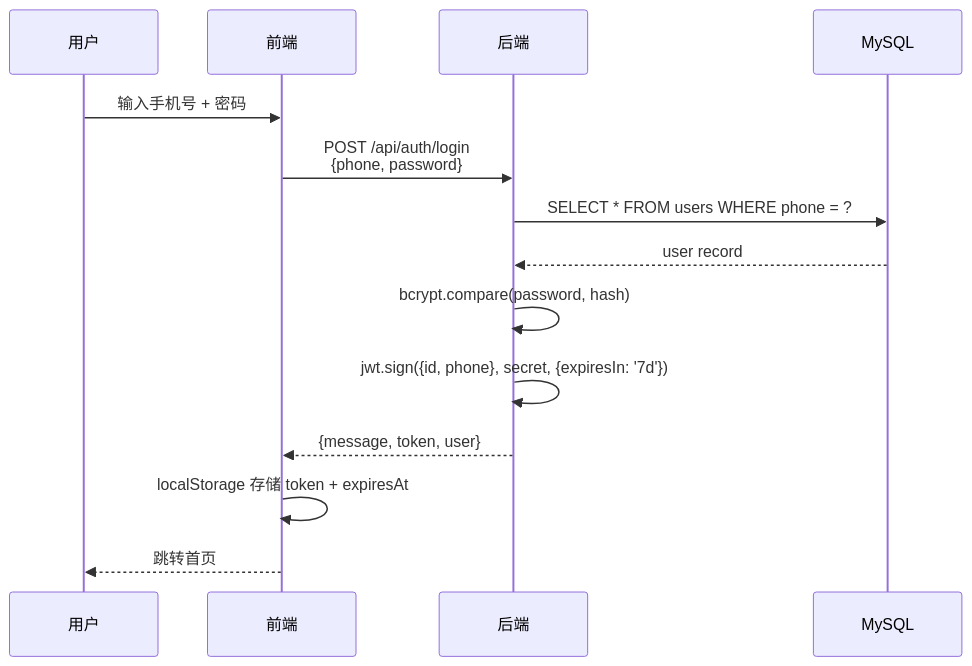
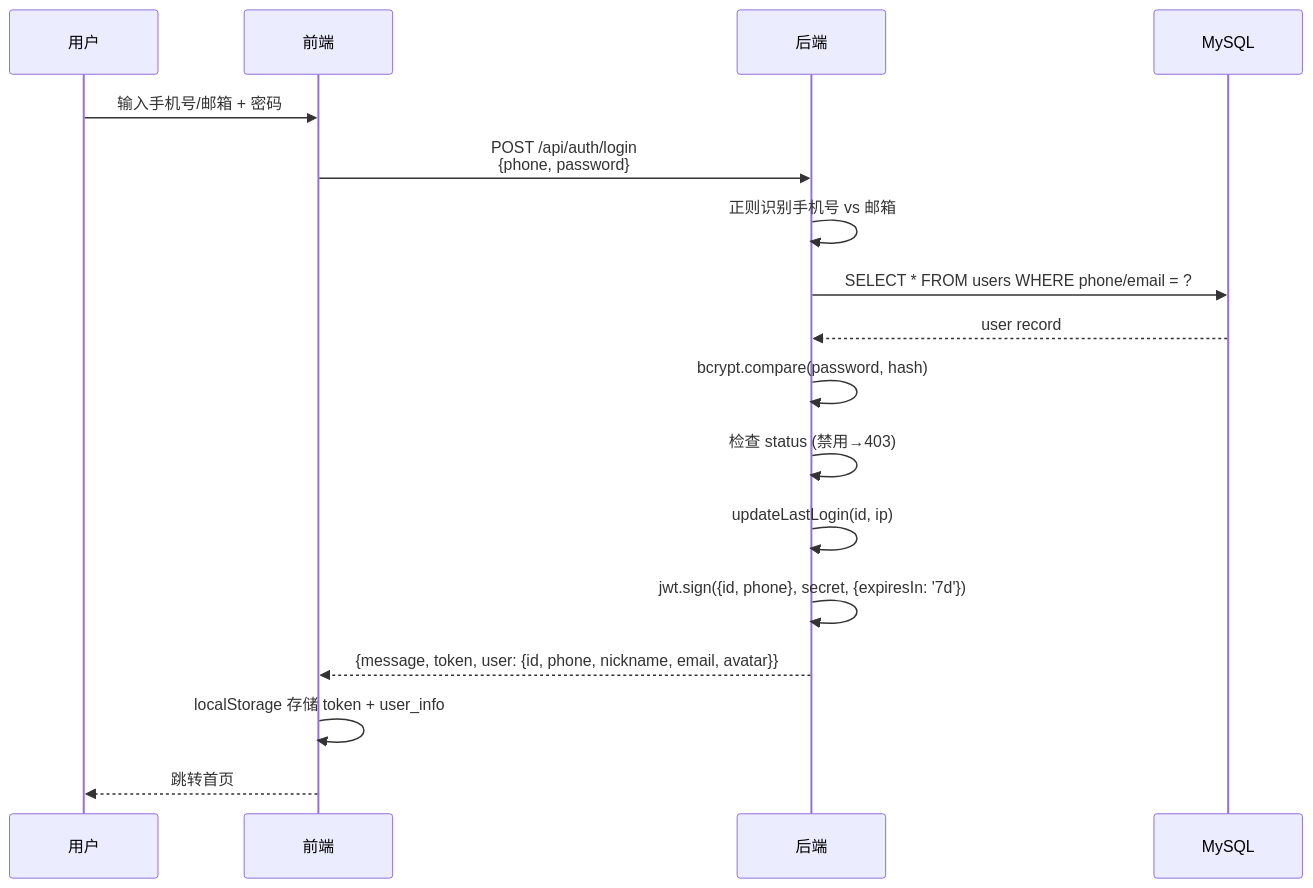
One commit to Anine1024/AI_KidEdu changed the fourth of 4 diagrams in README.md. Above: the diagram before and after it, drawn with Mermaid. The commit also changed other lines of this file and 2 other files, not shown here.

````diff
--- a/README.md
+++ b/README.md
@@ -94,17 +130,20 @@
 ```mermaid
 sequenceDiagram
     participant User as 用户
     participant FE as 前端
     participant BE as 后端
     participant DB as MySQL
 
-    User->>FE: 输入手机号 + 密码
+    User->>FE: 输入手机号/邮箱 + 密码
     FE->>BE: POST /api/auth/login<br/>{phone, password}
-    BE->>DB: SELECT * FROM users WHERE phone = ?
+    BE->>BE: 正则识别手机号 vs 邮箱
+    BE->>DB: SELECT * FROM users WHERE phone/email = ?
     DB-->>BE: user record
     BE->>BE: bcrypt.compare(password, hash)
+    BE->>BE: 检查 status (禁用→403)
+    BE->>BE: updateLastLogin(id, ip)
     BE->>BE: jwt.sign({id, phone}, secret, {expiresIn: '7d'})
-    BE-->>FE: {message, token, user}
-    FE->>FE: localStorage 存储 token + expiresAt
+    BE-->>FE: {message, token, user: {id, phone, nickname, email, avatar}}
+    FE->>FE: localStorage 存储 token + user_info
     FE-->>User: 跳转首页
 ```
````
